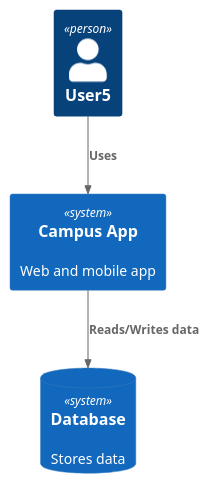
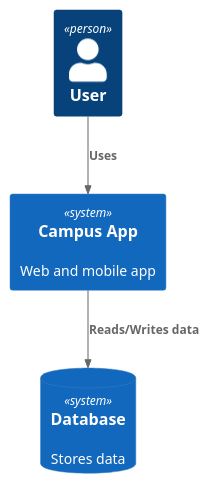
Before and after one commit to MarcelVSHNS/CampusApp: the diagram in docs/architecture/campus-app.puml, drawn with PlantUML.

Commit message:
Rename user from 'User5' to 'User'

```diff
--- a/docs/architecture/campus-app.puml
+++ b/docs/architecture/campus-app.puml
@@ -1,11 +1,11 @@
 @startuml
 !include https://raw.githubusercontent.com/plantuml-stdlib/C4-PlantUML/master/C4_Context.puml
 
-Person(user, "User5")
+Person(user, "User")
 System(system, "Campus App", "Web and mobile app")
 SystemDb(db, "Database", "Stores data")
 
 Rel(user, system, "Uses")
 Rel(system, db, "Reads/Writes data")
 
 @enduml
```
